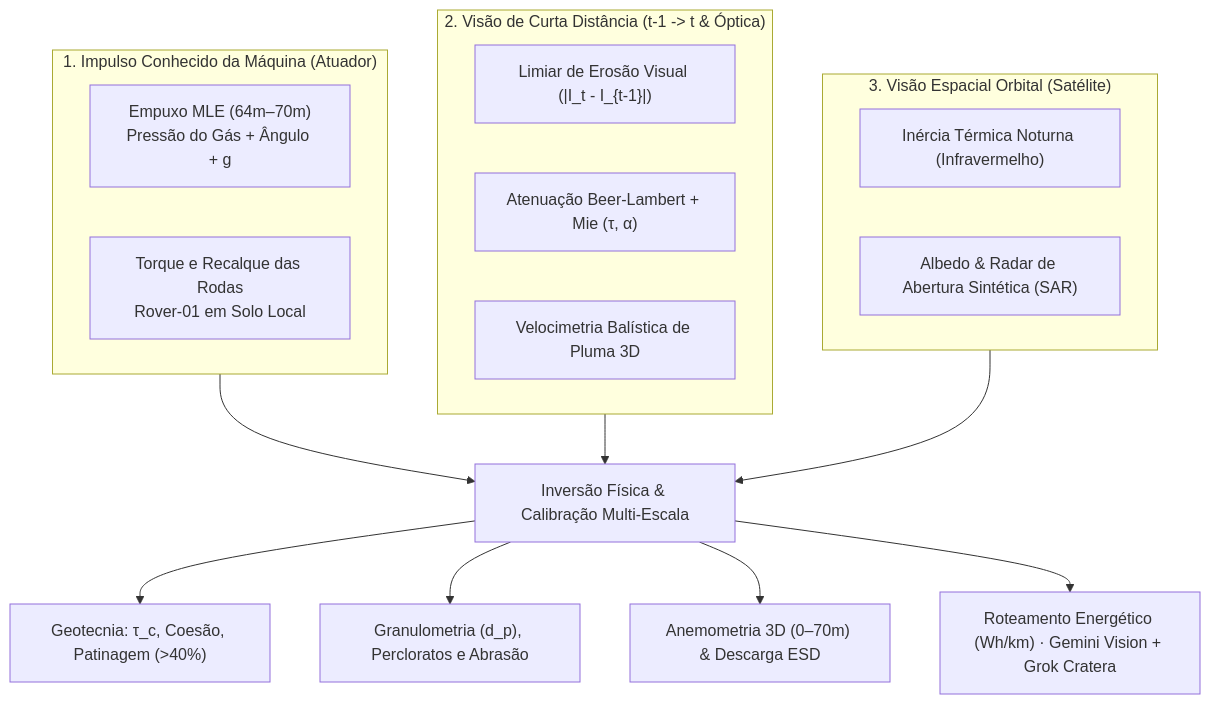
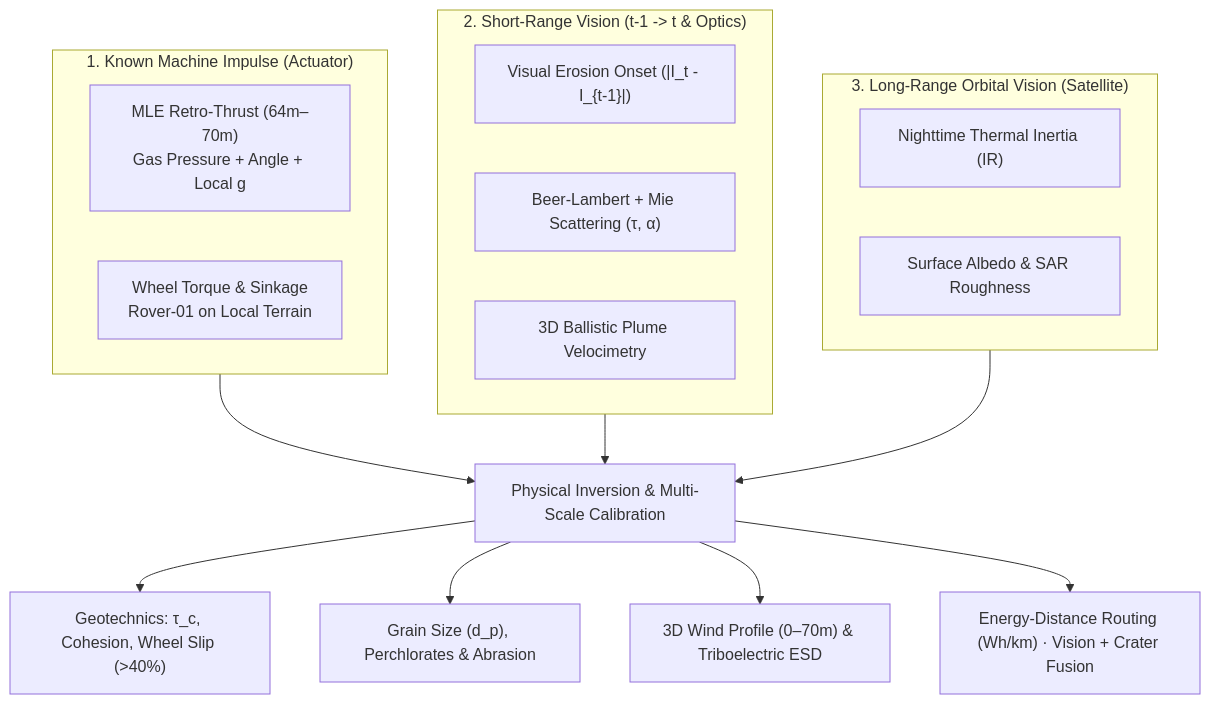
The second of 2 diagrams in docs/arquitetura_game3d_rover_pilot.md (SunLuiz/Curva_do_Pato), drawn with Mermaid before and after one commit. The commit also changed other lines of this file and 16 other files, not shown here.

````diff
--- a/docs/arquitetura_game3d_rover_pilot.md
+++ b/docs/arquitetura_game3d_rover_pilot.md
@@ -233,23 +125,23 @@
 ```mermaid
 flowchart TD
-  subgraph INPUT["1. Impulso Conhecido da Máquina (Atuador)"]
-    M1["Empuxo MLE (64m–70m)\nPressão do Gás + Ângulo + g"]
-    M2["Torque e Recalque das Rodas\nRover-01 em Solo Local"]
+  subgraph INPUT["1. Known Machine Impulse (Actuator)"]
+    M1["MLE Retro-Thrust (64m–70m)\nGas Pressure + Angle + Local g"]
+    M2["Wheel Torque & Sinkage\nRover-01 on Local Terrain"]
   end
-  subgraph SHORT["2. Visão de Curta Distância (t-1 -> t & Óptica)"]
-    S1["Limiar de Erosão Visual (|I_t - I_{t-1}|)"]
-    S2["Atenuação Beer-Lambert + Mie (τ, α)"]
-    S3["Velocimetria Balística de Pluma 3D"]
+  subgraph SHORT["2. Short-Range Vision (t-1 -> t & Optics)"]
+    S1["Visual Erosion Onset (|I_t - I_{t-1}|)"]
+    S2["Beer-Lambert + Mie Scattering (τ, α)"]
+    S3["3D Ballistic Plume Velocimetry"]
   end
-  subgraph ORBIT["3. Visão Espacial Orbital (Satélite)"]
-    O1["Inércia Térmica Noturna (Infravermelho)"]
-    O2["Albedo & Radar de Abertura Sintética (SAR)"]
+  subgraph ORBIT["3. Long-Range Orbital Vision (Satellite)"]
+    O1["Nighttime Thermal Inertia (IR)"]
+    O2["Surface Albedo & SAR Roughness"]
   end
-  INPUT --> INV["Inversão Física & Calibração Multi-Escala"]
+  INPUT --> INV["Physical Inversion & Multi-Scale Calibration"]
   SHORT --> INV
   ORBIT --> INV
-  INV --> OUT1["Geotecnia: τ_c, Coesão, Patinagem (>40%)"]
-  INV --> OUT2["Granulometria (d_p), Percloratos e Abrasão"]
-  INV --> OUT3["Anemometria 3D (0–70m) & Descarga ESD"]
-  INV --> OUT4["Roteamento Energético (Wh/km) · Gemini Vision + Grok Cratera"]
+  INV --> OUT1["Geotechnics: τ_c, Cohesion, Wheel Slip (>40%)"]
+  INV --> OUT2["Grain Size (d_p), Perchlorates & Abrasion"]
+  INV --> OUT3["3D Wind Profile (0–70m) & Triboelectric ESD"]
+  INV --> OUT4["Energy-Distance Routing (Wh/km) · Vision + Crater Fusion"]
 ```
````
